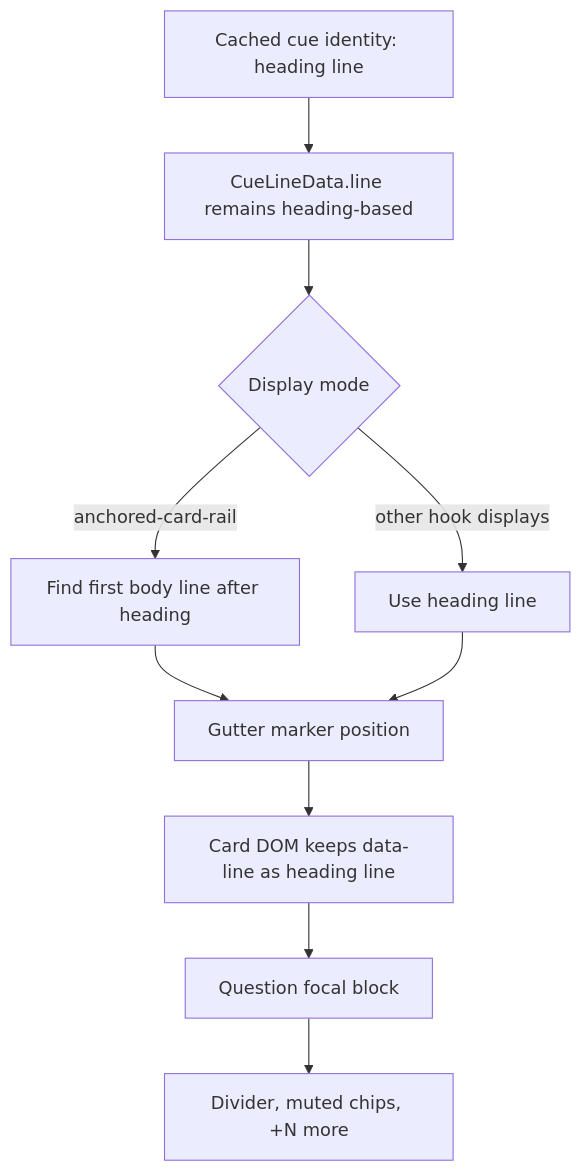
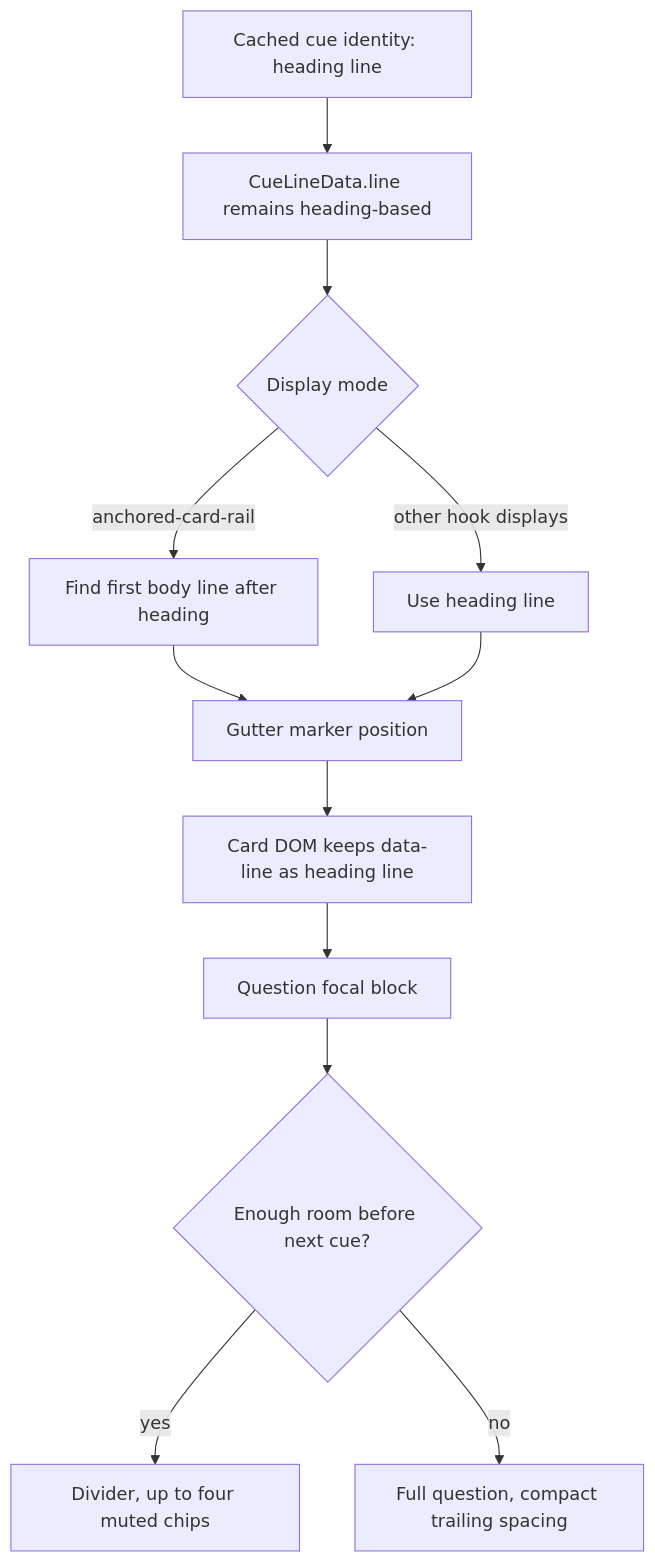
Before and after one commit to swartzrock/obsidian-firstrecall-plugin: the diagram in docs/plans/2026-07-08-001-feat-cue-card-rail-hierarchy-plan.md, drawn with Mermaid. The commit also changed other lines of this file and 6 other files, not shown here.

````diff
--- a/docs/plans/2026-07-08-001-feat-cue-card-rail-hierarchy-plan.md
+++ b/docs/plans/2026-07-08-001-feat-cue-card-rail-hierarchy-plan.md
@@ -93,12 +108,14 @@
 ```mermaid
 flowchart TB
   CacheCue["Cached cue identity: heading line"] --> RenderPayload["CueLineData.line remains heading-based"]
   RenderPayload --> DisplayChoice{"Display mode"}
   DisplayChoice -->|"anchored-card-rail"| BodyTarget["Find first body line after heading"]
   DisplayChoice -->|"other hook displays"| HeadingTarget["Use heading line"]
   BodyTarget --> GutterMarker["Gutter marker position"]
   HeadingTarget --> GutterMarker
   GutterMarker --> Card["Card DOM keeps data-line as heading line"]
   Card --> Question["Question focal block"]
-  Question --> Terms["Divider, muted chips, +N more"]
+  Question --> SpaceCheck{"Enough room before next cue?"}
+  SpaceCheck -->|"yes"| Terms["Divider, up to four muted chips"]
+  SpaceCheck -->|"no"| Compact["Full question, compact trailing spacing"]
 ```
````
